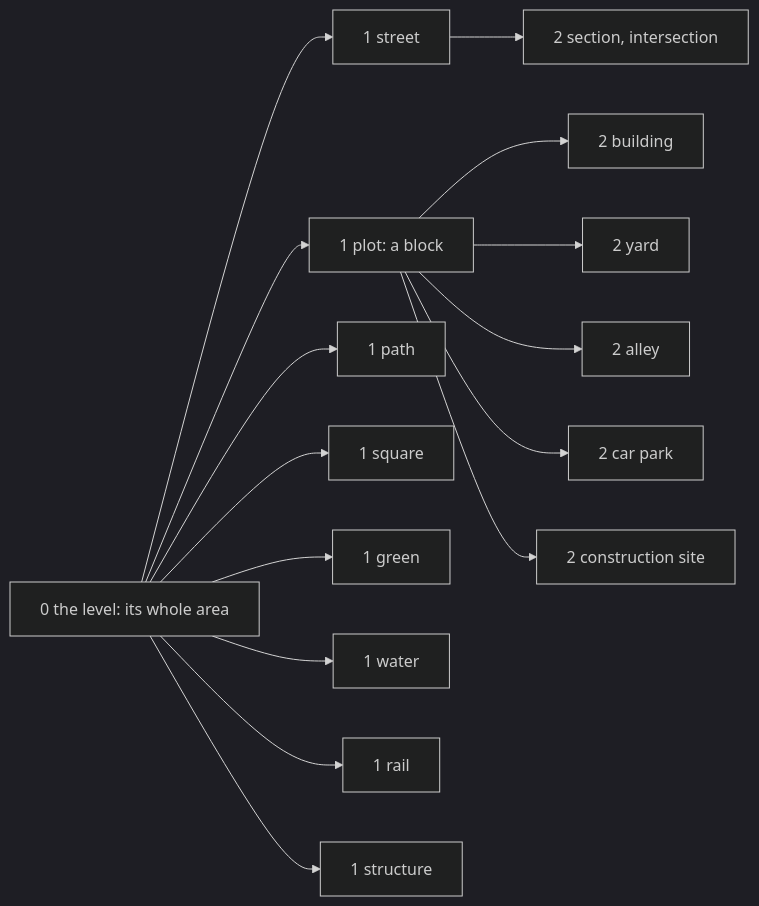
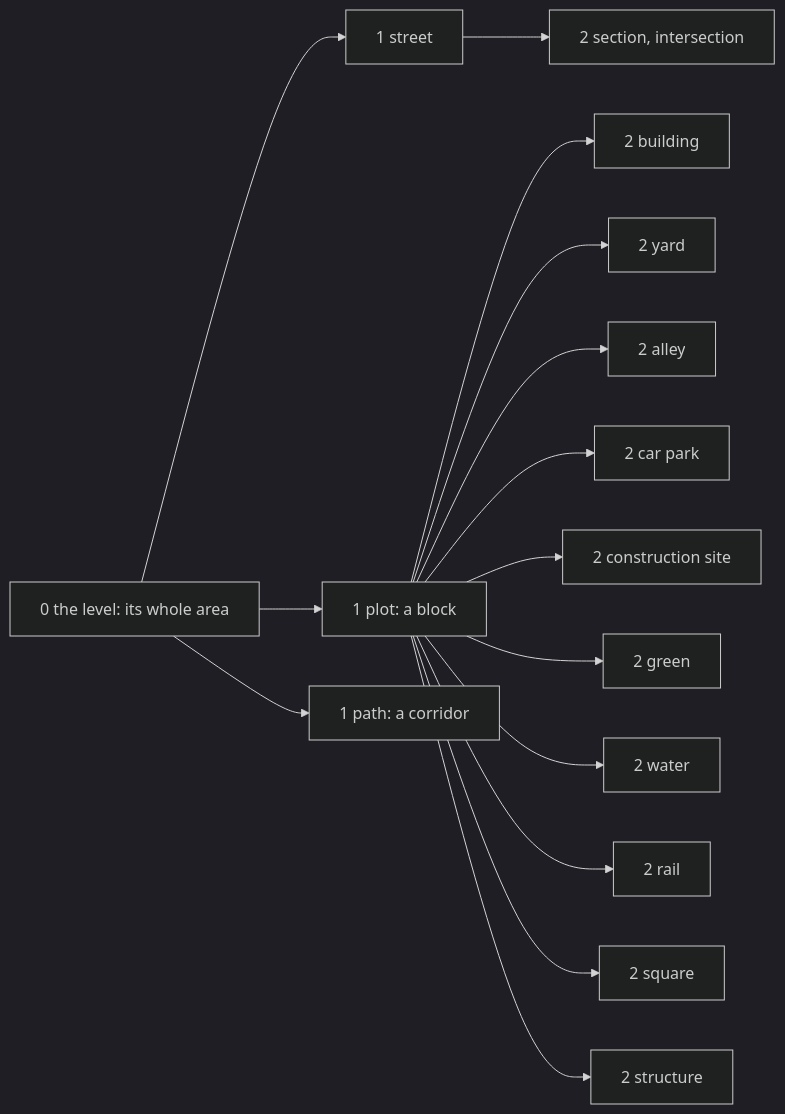
One commit to Khoshkhah/urbanstyle changed the first of 2 diagrams in docs/design/model.md. Above: the diagram before and after it, drawn with Mermaid (dark theme). The commit also changed other lines of this file and 4 other files, not shown here.

````diff
--- a/docs/design/model.md
+++ b/docs/design/model.md
@@ -23,17 +24,17 @@
 ```mermaid
 flowchart LR
     L0[0 the level: its whole area] --> K1[1 street]
     L0 --> K2[1 plot: a block]
-    L0 --> K3[1 path]
-    L0 --> K4[1 square]
-    L0 --> K5[1 green]
-    L0 --> K6[1 water]
-    L0 --> K7[1 rail]
-    L0 --> K8[1 structure]
+    L0 --> K3[1 path: a corridor]
     K1 --> S2[2 section, intersection]
     K2 --> B1[2 building]
     K2 --> B2[2 yard]
     K2 --> B3[2 alley]
     K2 --> B4[2 car park]
     K2 --> B5[2 construction site]
+    K2 --> B6[2 green]
+    K2 --> B7[2 water]
+    K2 --> B8[2 rail]
+    K2 --> B9[2 square]
+    K2 --> B10[2 structure]
 ```
````
